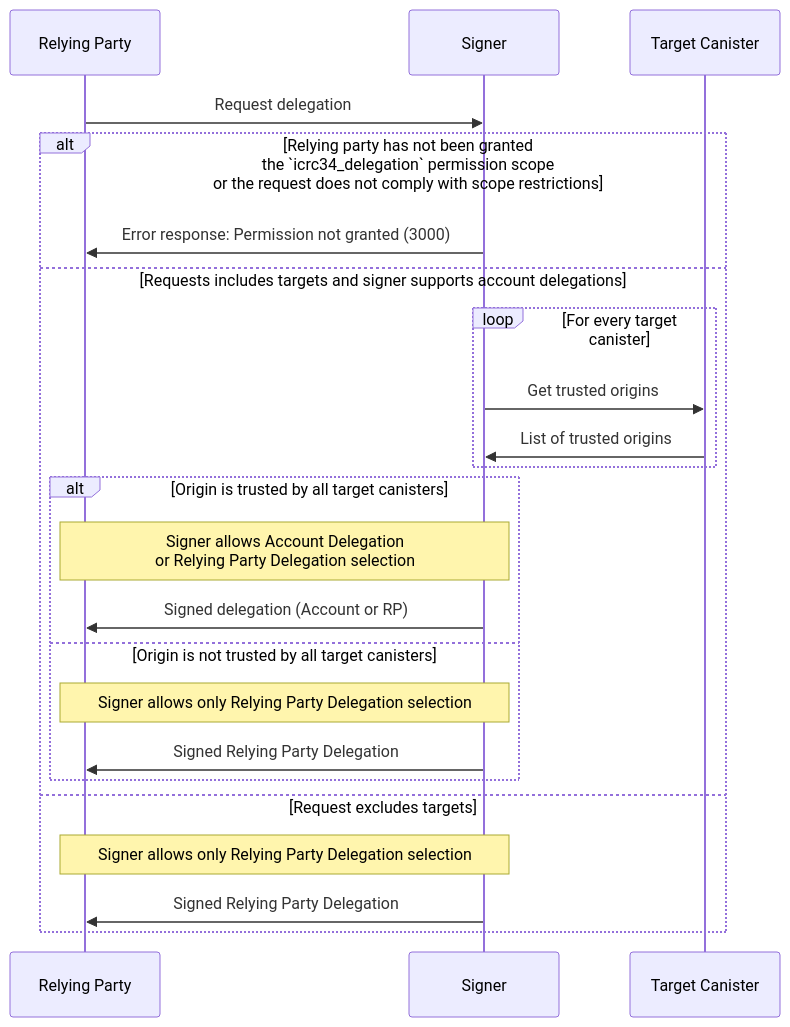
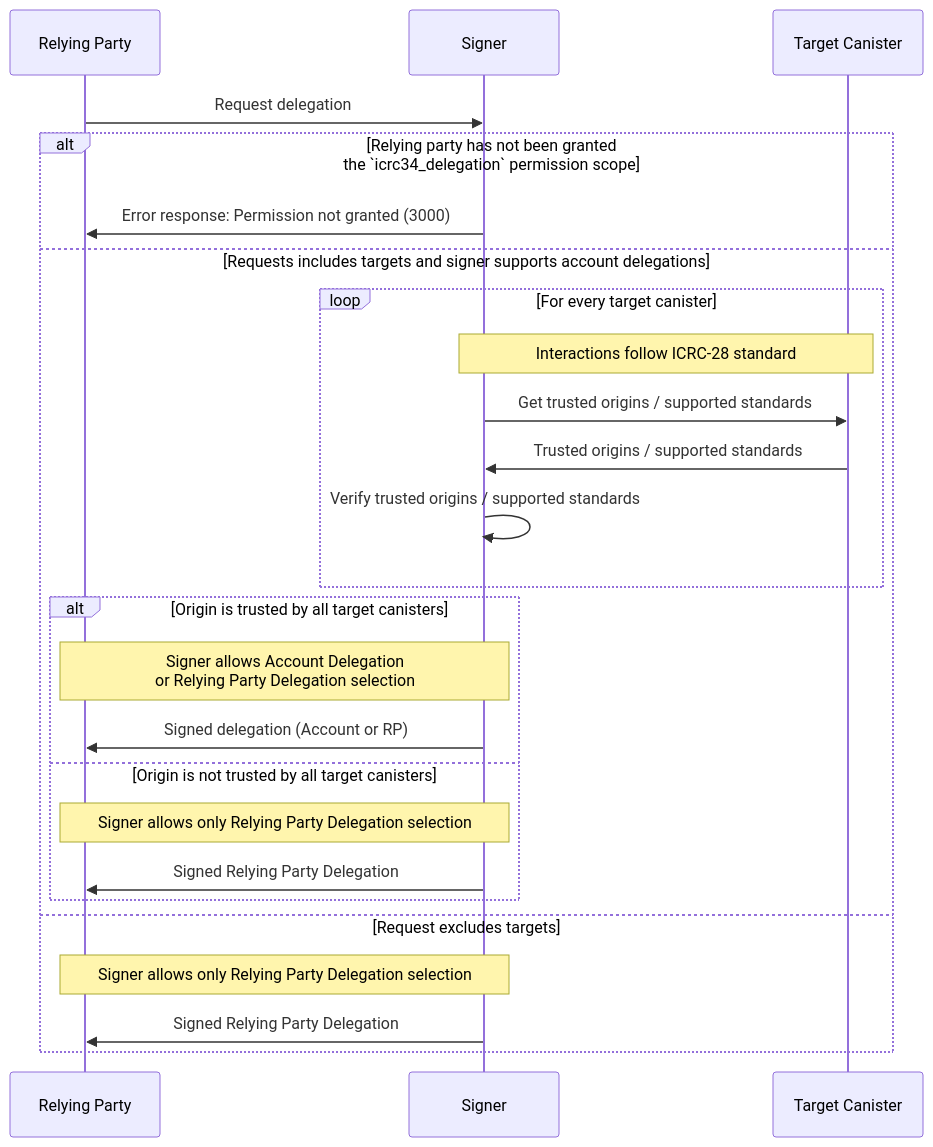
The diagram in topics/icrc_34_delegation.md (dfinity/wg-identity-authentication), drawn with Mermaid before and after one commit. The commit also changed other lines of this file and 1 other file, not shown here.

First line of the commit message:
ICRC-28/34: Clarify confusing sections (#204)

````diff
--- a/topics/icrc_34_delegation.md
+++ b/topics/icrc_34_delegation.md
@@ -166,25 +173,27 @@
 ```mermaid
   sequenceDiagram
     participant RP as Relying Party
     participant S as Signer
     participant C as Target Canister
     RP ->> S: Request delegation
-    alt Relying party has not been granted <br>the `icrc34_delegation` permission scope<br>or the request does not comply with scope restrictions
+    alt Relying party has not been granted <br>the `icrc34_delegation` permission scope
         S ->> RP: Error response: Permission not granted (3000)
     else Requests includes targets and signer supports account delegations
         loop For every target canister
-            S ->> C: Get trusted origins
-            C ->> S: List of trusted origins
+            Note over S, C: Interactions follow ICRC-28 standard
+            S ->> C: Get trusted origins / supported standards
+            C ->> S: Trusted origins / supported standards
+            S ->> S: Verify trusted origins / supported standards
         end
         alt Origin is trusted by all target canisters
           Note over RP, S: Signer allows Account Delegation<br>or Relying Party Delegation selection
           S ->> RP: Signed delegation (Account or RP)
         else Origin is not trusted by all target canisters
           Note over RP, S: Signer allows only Relying Party Delegation selection
           S ->> RP: Signed Relying Party Delegation
         end
     else Request excludes targets
       Note over RP, S: Signer allows only Relying Party Delegation selection
       S ->> RP: Signed Relying Party Delegation
     end
 ```
````
